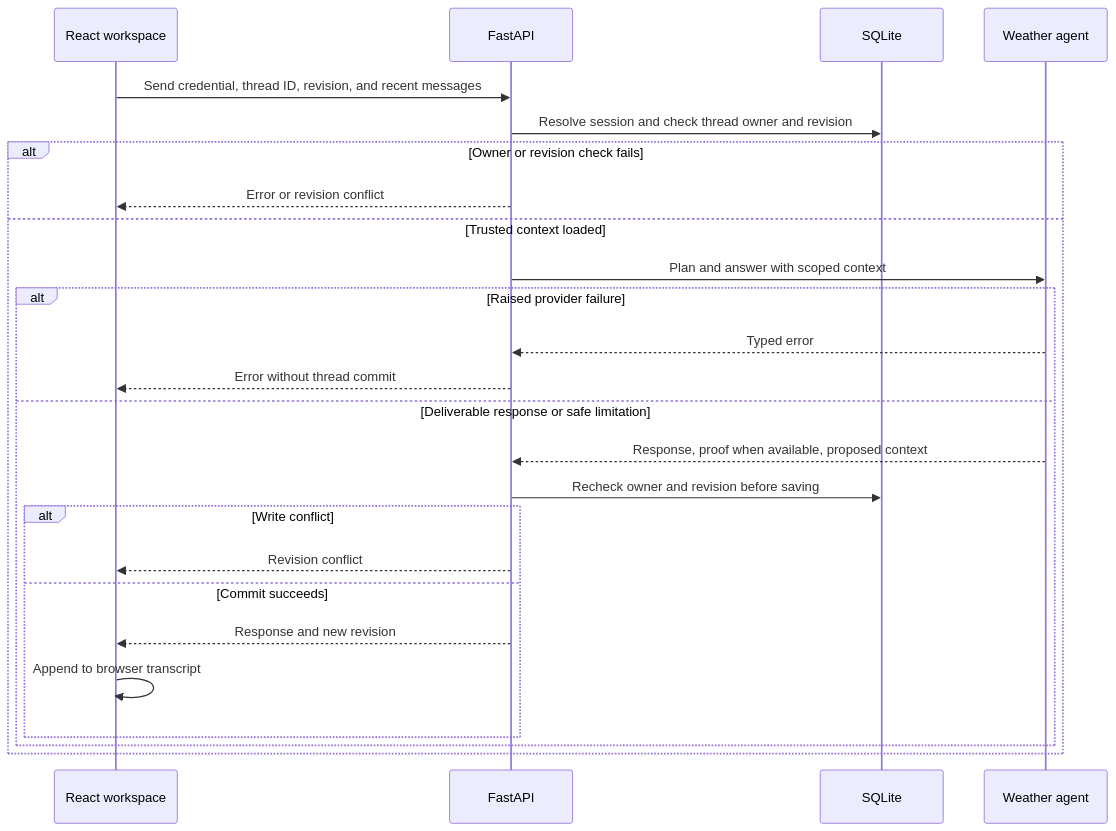
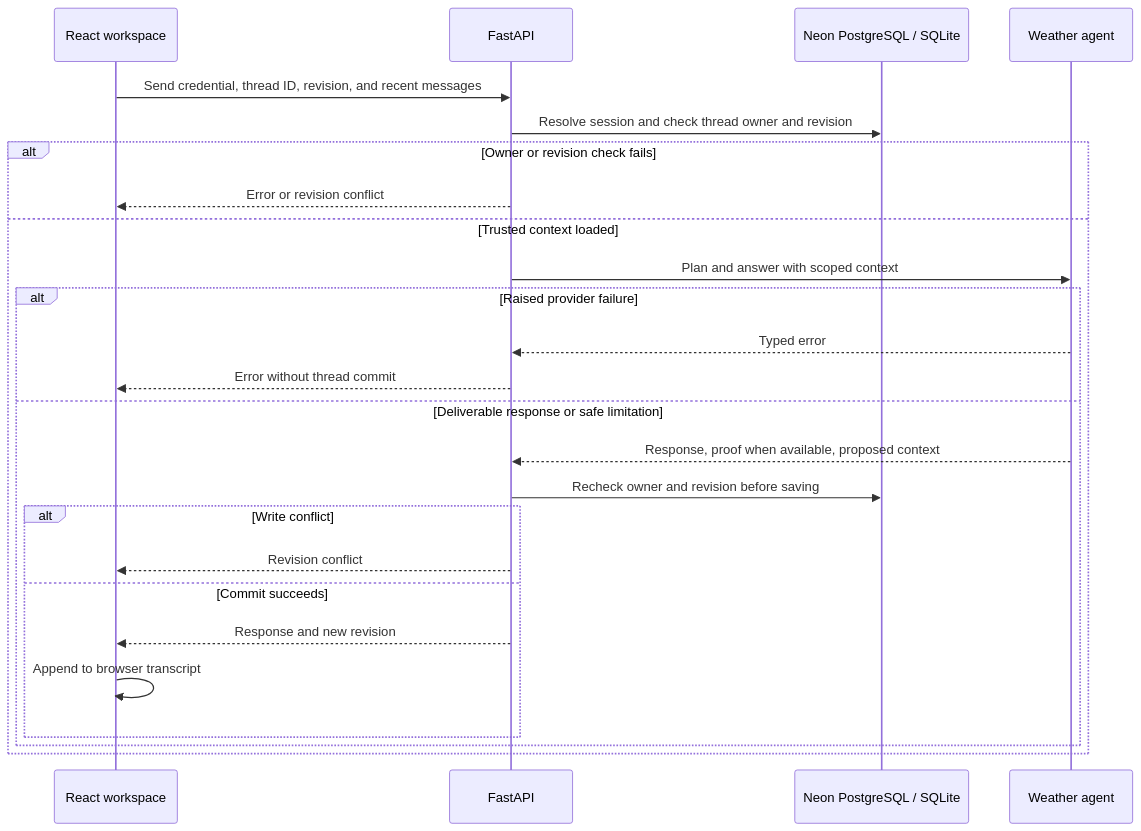
One commit to TaruneshM/Sky-Reader changed the fifth of 5 diagrams in README.md. Above: the diagram before and after it, drawn with Mermaid. The commit also changed other lines of this file and 12 other files, not shown here.

````diff
--- a/README.md
+++ b/README.md
@@ -152,27 +174,27 @@
 ```mermaid
 sequenceDiagram
     participant UI as React workspace
     participant API as FastAPI
-    participant DB as SQLite
+    participant DB as Neon PostgreSQL / SQLite
     participant A as Weather agent
     UI->>API: Send credential, thread ID, revision, and recent messages
     API->>DB: Resolve session and check thread owner and revision
     alt Owner or revision check fails
         API-->>UI: Error or revision conflict
     else Trusted context loaded
         API->>A: Plan and answer with scoped context
         alt Raised provider failure
             A-->>API: Typed error
             API-->>UI: Error without thread commit
         else Deliverable response or safe limitation
             A-->>API: Response, proof when available, proposed context
             API->>DB: Recheck owner and revision before saving
             alt Write conflict
                 API-->>UI: Revision conflict
             else Commit succeeds
                 API-->>UI: Response and new revision
                 UI->>UI: Append to browser transcript
             end
         end
     end
 ```
````
